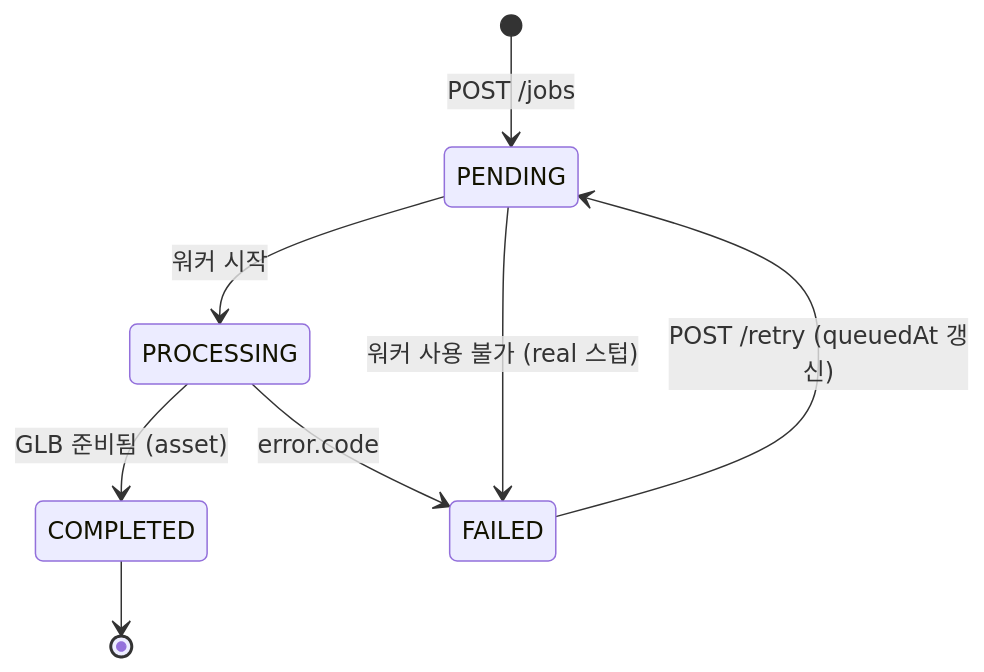
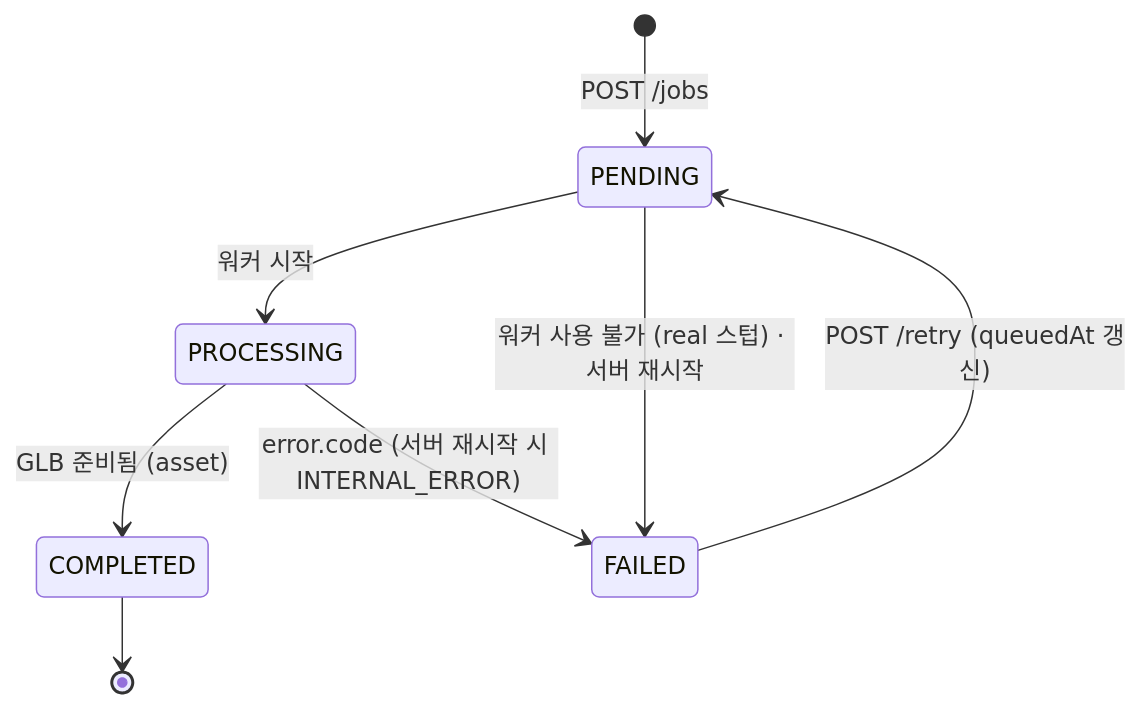
Before and after one commit to minwoo3717/Beside: the third of 3 diagrams in docs/ARCHITECTURE.md, drawn with Mermaid. The commit also changed other lines of this file and 4 other files, not shown here.

````diff
--- a/docs/ARCHITECTURE.md
+++ b/docs/ARCHITECTURE.md
@@ -68,10 +68,10 @@
 ```mermaid
 stateDiagram-v2
     [*] --> PENDING: POST /jobs
     PENDING --> PROCESSING: 워커 시작
     PROCESSING --> COMPLETED: GLB 준비됨 (asset)
-    PROCESSING --> FAILED: error.code
-    PENDING --> FAILED: 워커 사용 불가 (real 스텁)
+    PROCESSING --> FAILED: error.code (서버 재시작 시 INTERNAL_ERROR)
+    PENDING --> FAILED: 워커 사용 불가 (real 스텁) · 서버 재시작
     FAILED --> PENDING: POST /retry (queuedAt 갱신)
     COMPLETED --> [*]
 ```
````
